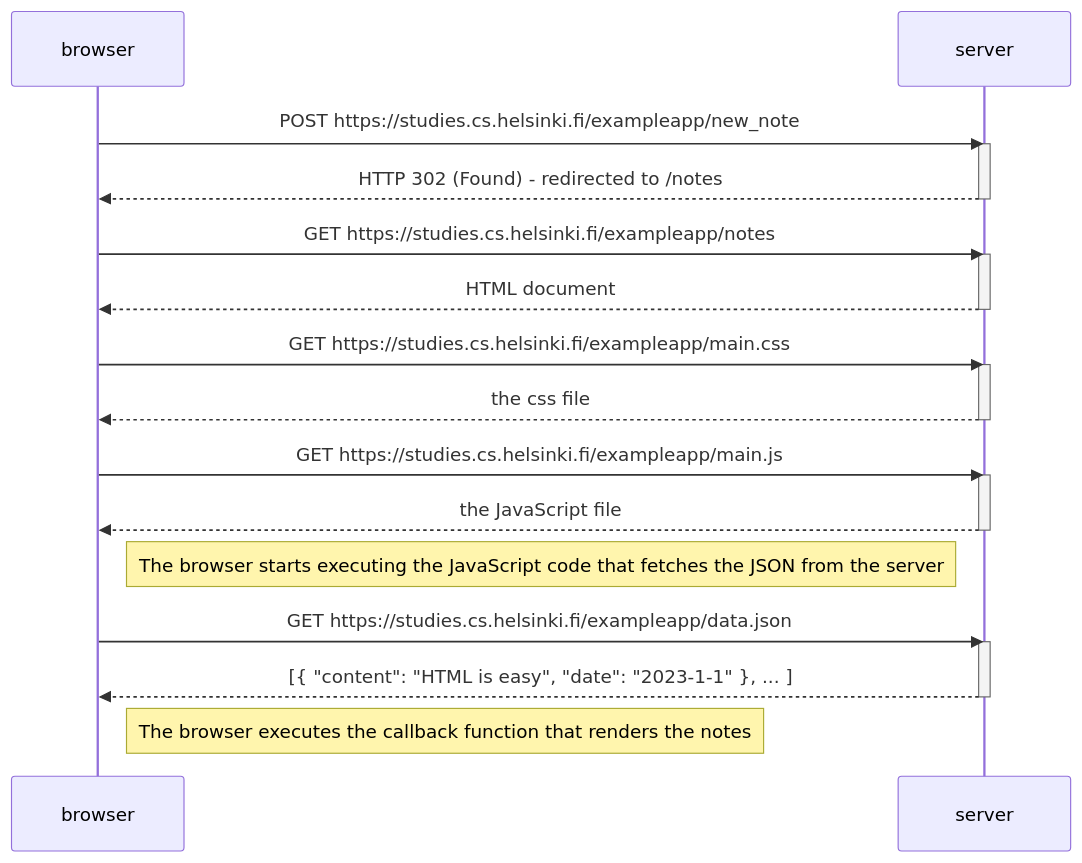
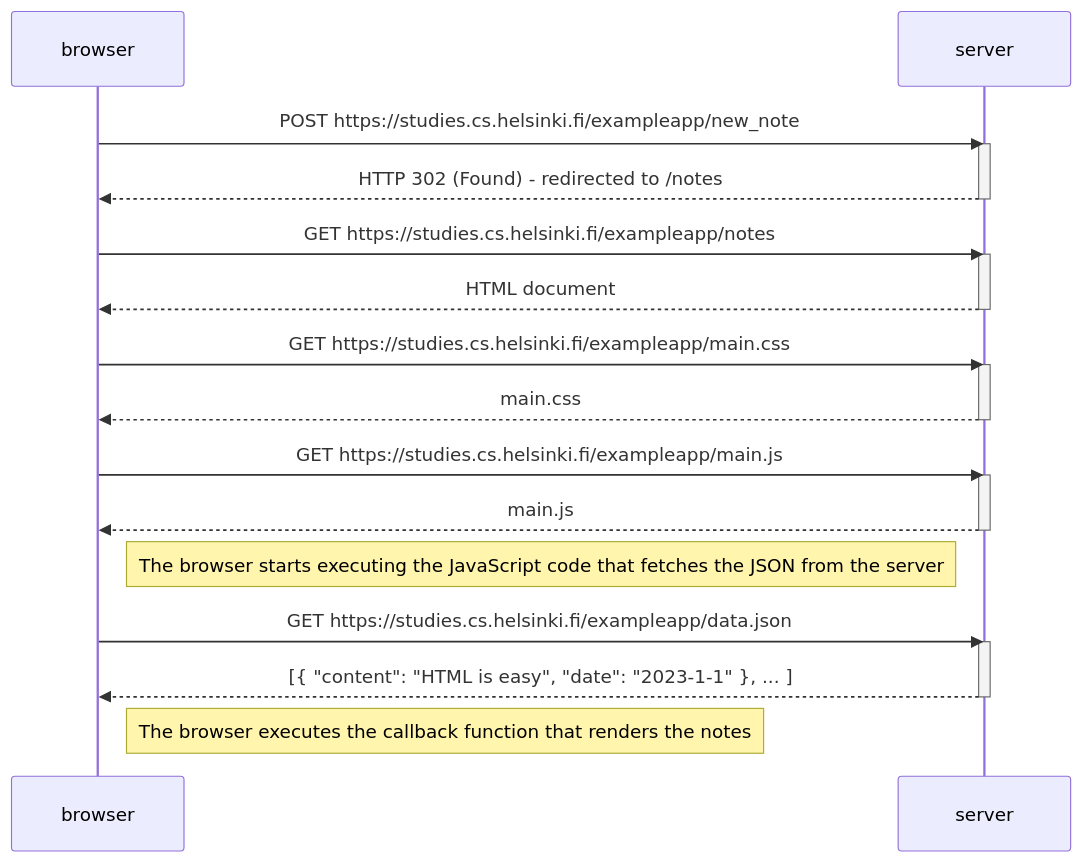
One commit to MathIsFun7225/fso-exercises changed the diagram in part0/ex4.md. Above: the diagram before and after it, drawn with Mermaid. The commit also changed 1 other file, not shown here.

Commit message:
change response descriptions

````diff
--- a/part0/ex4.md
+++ b/part0/ex4.md
@@ -1,34 +1,34 @@
 ```mermaid
 sequenceDiagram
     participant browser
     participant server
 
     browser->>server: POST https://studies.cs.helsinki.fi/exampleapp/new_note
     activate server
     server-->>browser: HTTP 302 (Found) - redirected to /notes
     deactivate server
 
     browser->>server: GET https://studies.cs.helsinki.fi/exampleapp/notes
     activate server
     server-->>browser: HTML document
     deactivate server
 
     browser->>server: GET https://studies.cs.helsinki.fi/exampleapp/main.css
     activate server
-    server-->>browser: the css file
+    server-->>browser: main.css
     deactivate server
 
     browser->>server: GET https://studies.cs.helsinki.fi/exampleapp/main.js
     activate server
-    server-->>browser: the JavaScript file
+    server-->>browser: main.js
     deactivate server
 
     Note right of browser: The browser starts executing the JavaScript code that fetches the JSON from the server
 
     browser->>server: GET https://studies.cs.helsinki.fi/exampleapp/data.json
     activate server
     server-->>browser: [{ "content": "HTML is easy", "date": "2023-1-1" }, ... ]
     deactivate server
 
     Note right of browser: The browser executes the callback function that renders the notes
 ```
````
